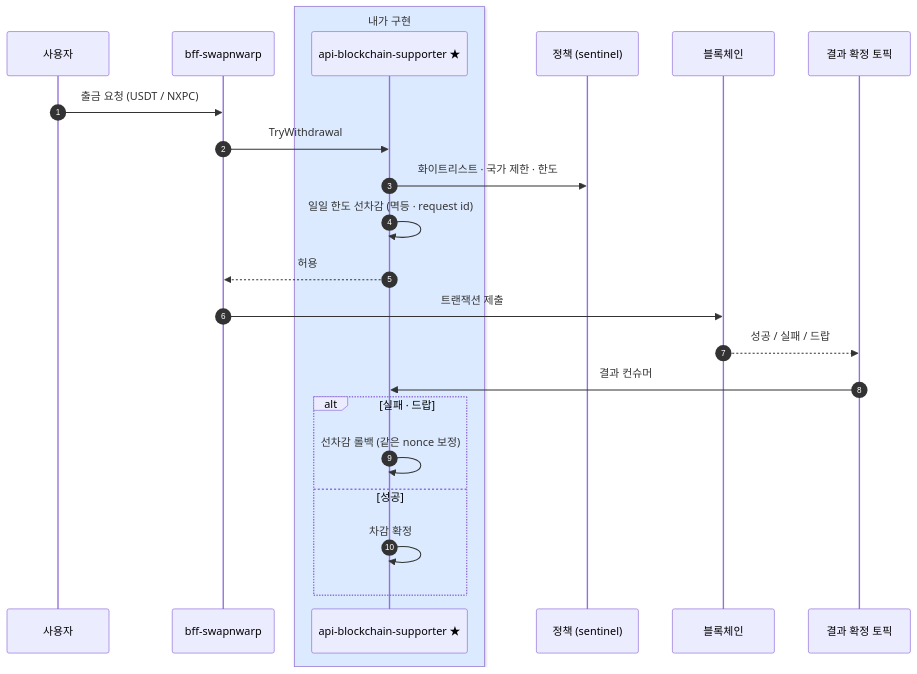
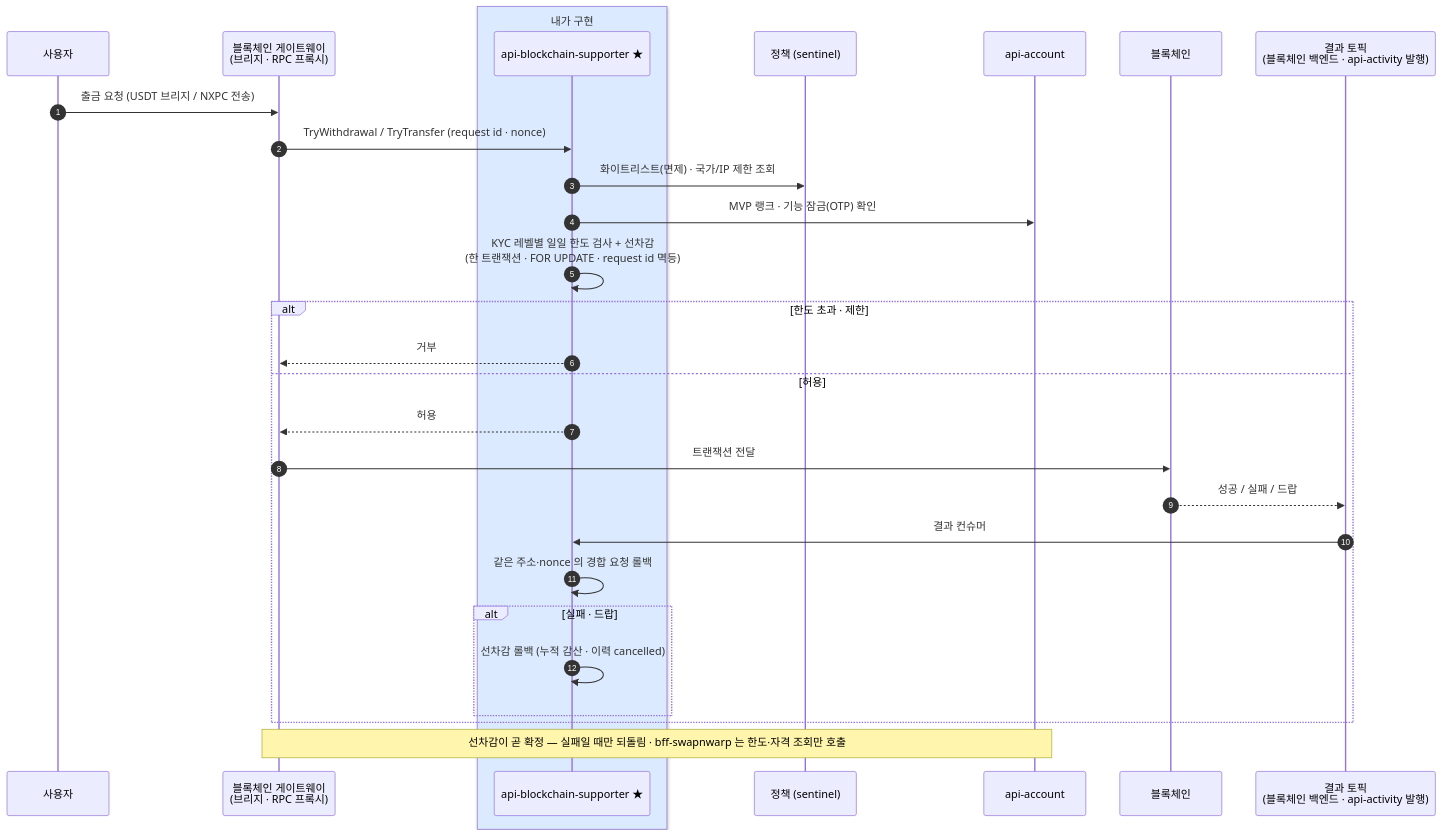
Before and after one commit to shalwxy/career: the diagram in content/diagrams/usdt.mmd, drawn with Mermaid. The commit also changed 30 other files, not shown here.

```diff
--- a/content/diagrams/usdt.mmd
+++ b/content/diagrams/usdt.mmd
@@ -1,25 +1,31 @@
-%% title: 스테이블 코인 — 선차감과 결과 확정 롤백
-%% title_en: Stablecoin — pre-deduction and settlement rollback
+%% title: 스테이블 코인 출금 — 선차감과 결과 기반 롤백
+%% title_en: Stablecoin withdrawals — pre-deduction and result-driven rollback
 sequenceDiagram
     autonumber
     participant U as 사용자
-    participant B as bff-swapnwarp
+    participant GW as 블록체인 게이트웨이<br/>(브리지 · RPC 프록시)
     box rgb(219,234,254) 내가 구현
     participant S as api-blockchain-supporter ★
     end
     participant P as 정책 (sentinel)
+    participant AC as api-account
     participant BC as 블록체인
-    participant K as 결과 확정 토픽
-    U->>B: 출금 요청 (USDT / NXPC)
-    B->>S: TryWithdrawal
-    S->>P: 화이트리스트 · 국가 제한 · 한도
-    S->>S: 일일 한도 선차감 (멱등 · request id)
-    S-->>B: 허용
-    B->>BC: 트랜잭션 제출
-    BC-->>K: 성공 / 실패 / 드랍
-    K->>S: 결과 컨슈머
-    alt 실패 · 드랍
-        S->>S: 선차감 롤백 (같은 nonce 보정)
-    else 성공
-        S->>S: 차감 확정
+    participant K as 결과 토픽<br/>(블록체인 백엔드 · api-activity 발행)
+    U->>GW: 출금 요청 (USDT 브리지 / NXPC 전송)
+    GW->>S: TryWithdrawal / TryTransfer (request id · nonce)
+    S->>P: 화이트리스트(면제) · 국가/IP 제한 조회
+    S->>AC: MVP 랭크 · 기능 잠금(OTP) 확인
+    S->>S: KYC 레벨별 일일 한도 검사 + 선차감<br/>(한 트랜잭션 · FOR UPDATE · request id 멱등)
+    alt 한도 초과 · 제한
+        S-->>GW: 거부
+    else 허용
+        S-->>GW: 허용
+        GW->>BC: 트랜잭션 전달
+        BC-->>K: 성공 / 실패 / 드랍
+        K->>S: 결과 컨슈머
+        S->>S: 같은 주소·nonce 의 경합 요청 롤백
+        alt 실패 · 드랍
+            S->>S: 선차감 롤백 (누적 감산 · 이력 cancelled)
+        end
     end
+    note over GW,AC: 선차감이 곧 확정 — 실패일 때만 되돌림 · bff-swapnwarp 는 한도·자격 조회만 호출
```
